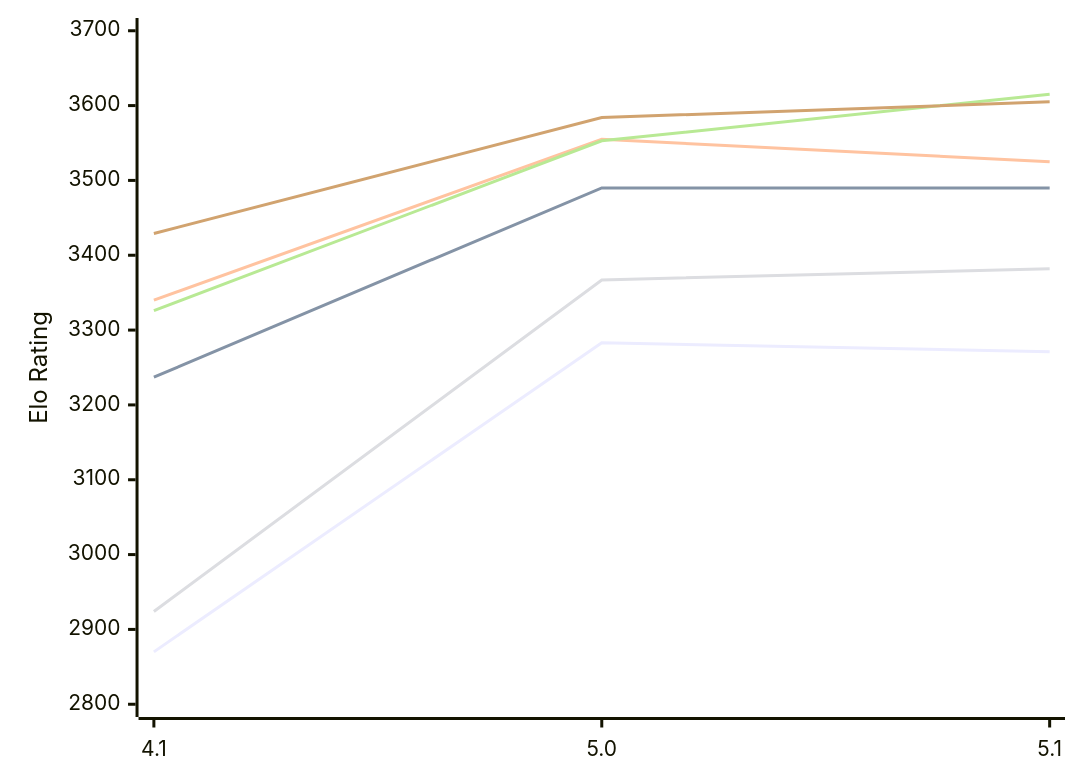
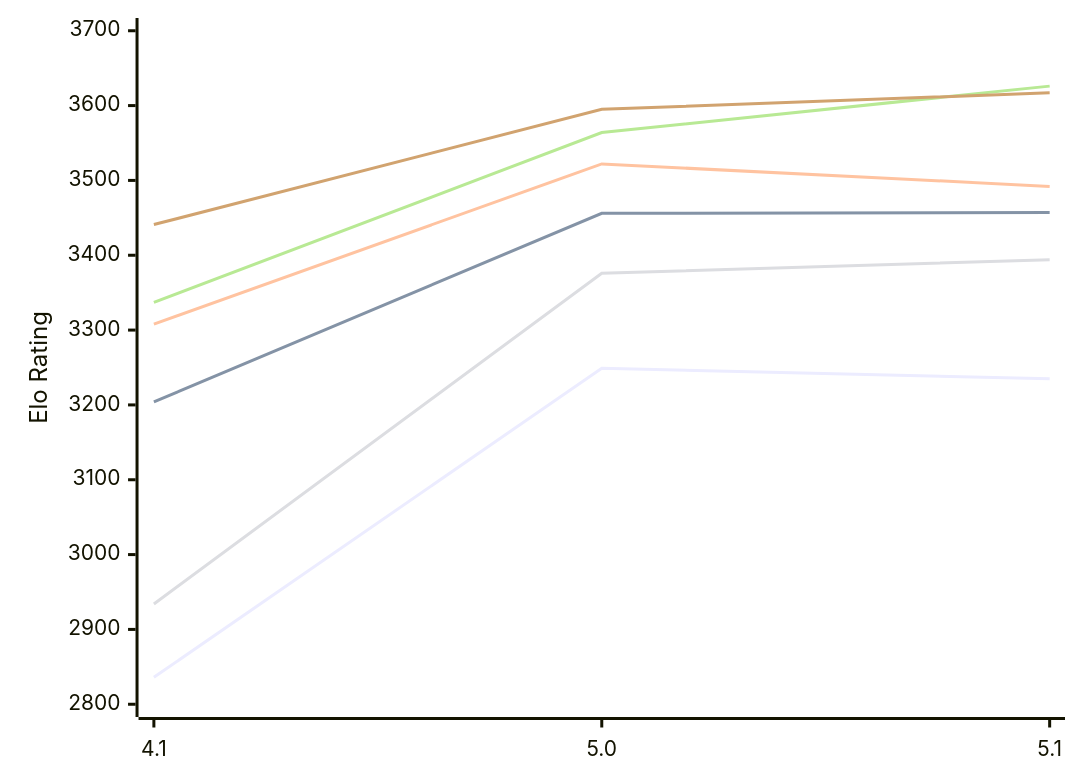
The diagram in engines/NarcNext.md (computer-chess-index/cci), drawn with Mermaid before and after one commit. The commit also changed other lines of this file, not shown here.

Commit message:
Update CCI Ratings (ELO VLTC) - 2026-11-12

````diff
--- a/engines/NarcNext.md
+++ b/engines/NarcNext.md
@@ -51,12 +51,12 @@
 ```mermaid
 %%{init: {"theme":"base","themeVariables":{"seriesColors:['#a3a3a3','#222221','#faa371']}}}%%
 xychart-beta
   x-axis ["4.1", "5.0", "5.1"]
   y-axis "Elo Rating" 2800 --> 3700
-  line "E1: STC (8.0+0.08s)" [2870, 3283, 3271]
-  line "E1: LTC (60.0+0.60s)" [3237, 3490, 3490]
-  line "E1: VLTC (2m24s+1.12s)" [3340, 3555, 3525]
-  line "P1: STC (8.0+0.08s)" [2924, 3367, 3382]
-  line "P1: LTC (60.0+0.60s)" [3326, 3553, 3615]
-  line "P1: VLTC (2m24s+1.12s)" [3429, 3584, 3605]
+  line "E1: STC (8.0+0.08s)" [2836, 3249, 3235]
+  line "E1: LTC (60.0+0.60s)" [3204, 3456, 3457]
+  line "E1: VLTC (2m24s+1.12s)" [3308, 3522, 3492]
+  line "P1: STC (8.0+0.08s)" [2934, 3376, 3394]
+  line "P1: LTC (60.0+0.60s)" [3337, 3564, 3626]
+  line "P1: VLTC (2m24s+1.12s)" [3441, 3595, 3617]
 ```
````
